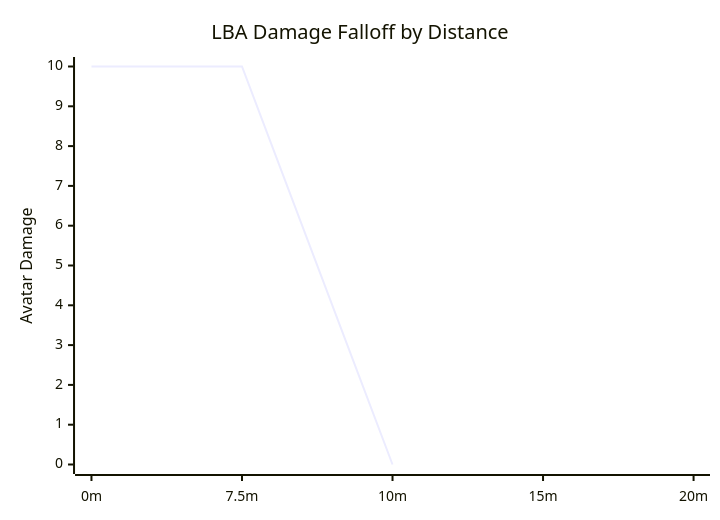
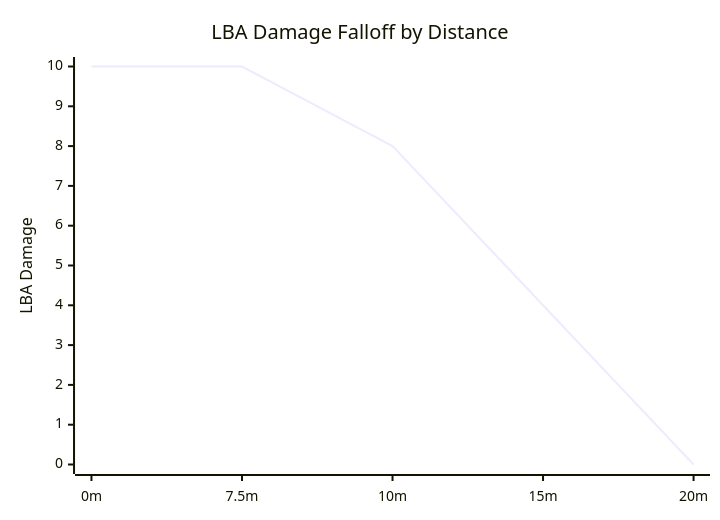
One commit to soapyf/Ashguard-Documents changed the second of 2 diagrams in equipment/Layer 2/Flame Torrent.md. Above: the diagram before and after it, drawn with Mermaid. The commit also changed other lines of this file, not shown here.

Commit message:
Update damage falloff charts in Flame Torrent documentation for accuracy

````diff
--- a/equipment/Layer 2/Flame Torrent.md
+++ b/equipment/Layer 2/Flame Torrent.md
@@ -50,7 +50,7 @@
 ```mermaid
 xychart-beta
     title "LBA Damage Falloff by Distance"
     x-axis ["0m", "7.5m", "10m", "15m", "20m"]
-    y-axis "Avatar Damage" 0 --> 10
-    line [10, 10, 0]
+    y-axis "LBA Damage" 0 --> 10
+    line [10, 10, 8, 4, 0]
 ```
````
